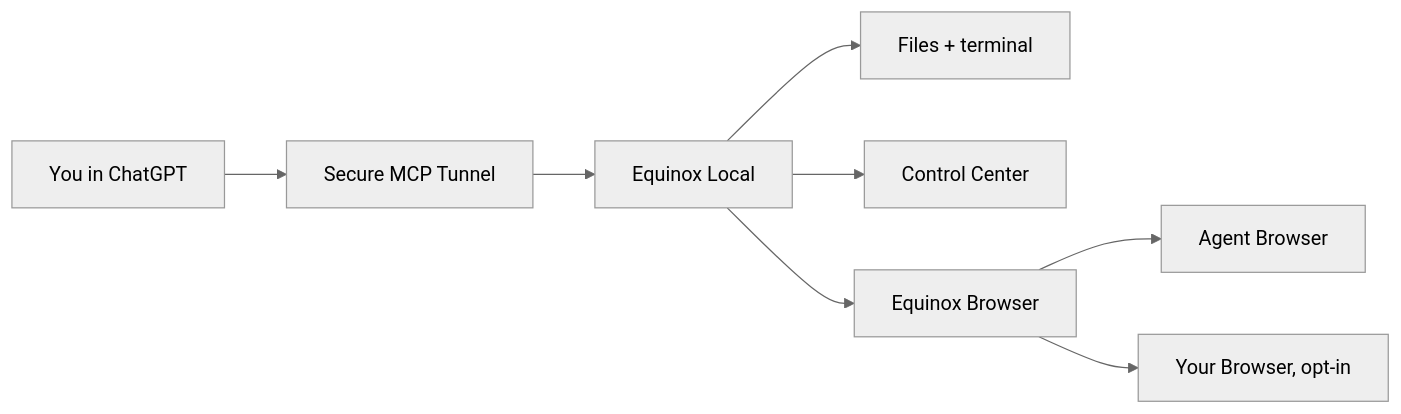
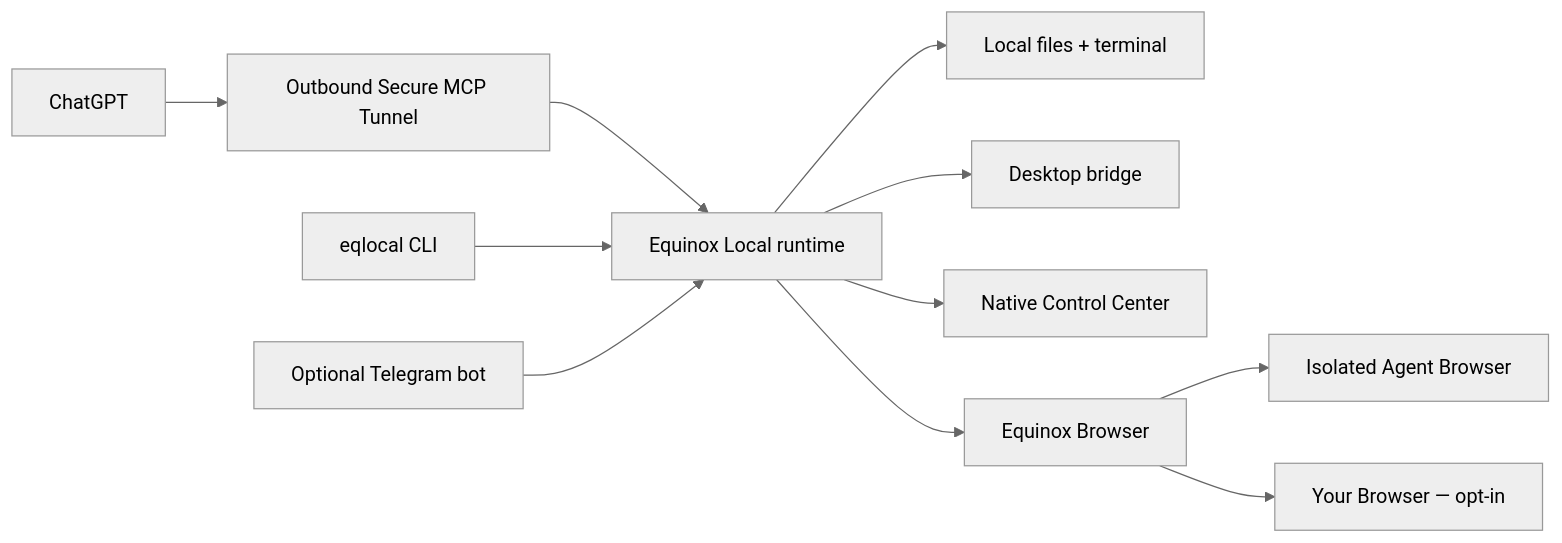
One commit to sametbasbug/equinox-local changed the diagram in README.md. Above: the diagram before and after it, drawn with Mermaid (neutral theme). The commit also changed other lines of this file and 8 other files, not shown here.

````diff
--- a/README.md
+++ b/README.md
@@ -101,10 +80,13 @@
 ```mermaid
 flowchart LR
-    U[You in ChatGPT] --> T[Secure MCP Tunnel]
-    T --> L[Equinox Local]
-    L --> F[Files + terminal]
-    L --> C[Control Center]
+    U[ChatGPT] --> T[Outbound Secure MCP Tunnel]
+    T --> L[Equinox Local runtime]
+    C[eqlocal CLI] --> L
+    L --> F[Local files + terminal]
+    L --> D[Desktop bridge]
+    L --> CC[Native Control Center]
     L --> B[Equinox Browser]
-    B --> A[Agent Browser]
-    B --> Y[Your Browser, opt-in]
+    B --> A[Isolated Agent Browser]
+    B --> Y[Your Browser — opt-in]
+    TG[Optional Telegram bot] --> L
 ```
````
